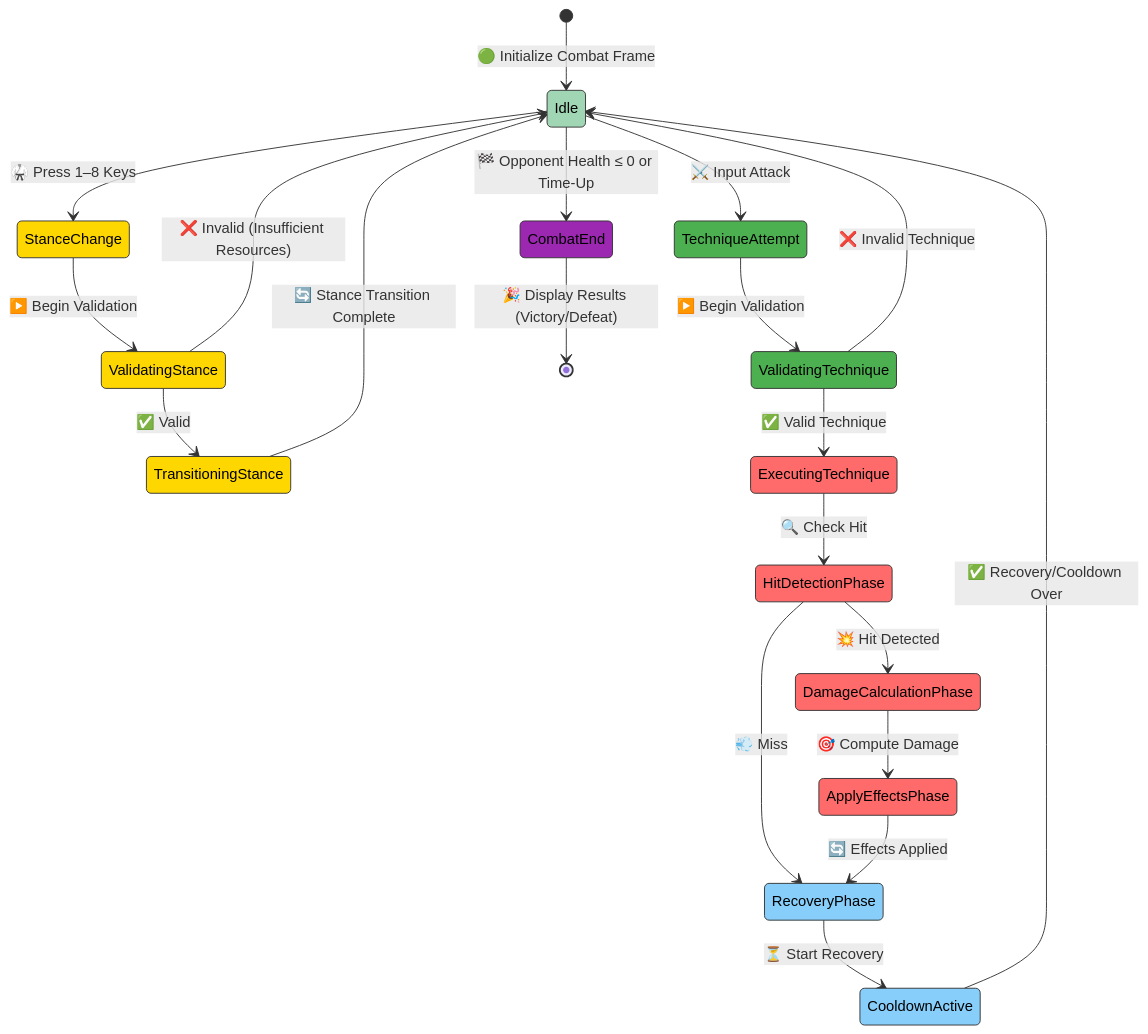
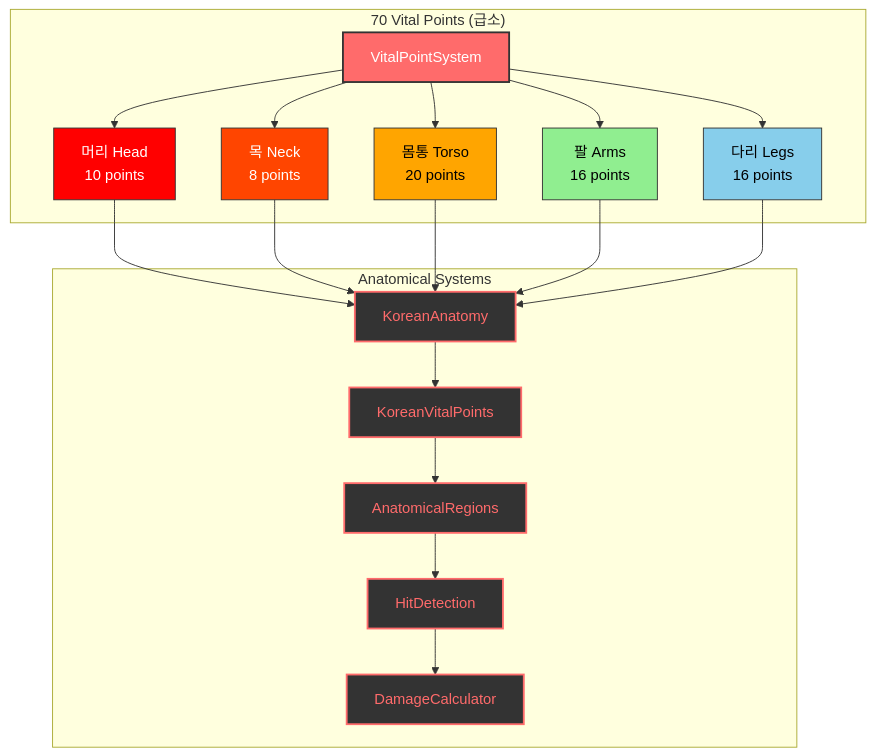
One commit to fossabot/blacktrigram changed the third of 7 diagrams in COMBAT_ARCHITECTURE.md. Above: the diagram before and after it, drawn with Mermaid. The commit also changed other lines of this file, not shown here.

````diff
--- a/COMBAT_ARCHITECTURE.md
+++ b/COMBAT_ARCHITECTURE.md
@@ -508,45 +145,38 @@
 ```mermaid
-stateDiagram-v2
-    [*] --> Idle : 🟢 Initialize Combat Frame
+graph TB
+    subgraph "70 Vital Points (급소)"
+        VPS[VitalPointSystem]:::vital
+        VPS --> HEAD[머리 Head<br/>10 points]:::head
+        VPS --> NECK[목 Neck<br/>8 points]:::neck
+        VPS --> TORSO[몸통 Torso<br/>20 points]:::torso
+        VPS --> ARMS[팔 Arms<br/>16 points]:::arms
+        VPS --> LEGS[다리 Legs<br/>16 points]:::legs
+    end
 
-    Idle --> StanceChange : 🥋 Press 1–8 Keys
-    Idle --> TechniqueAttempt : ⚔️ Input Attack
+    subgraph "Anatomical Systems"
+        KA[KoreanAnatomy]:::anatomy
+        KVP[KoreanVitalPoints]:::anatomy
+        AR[AnatomicalRegions]:::anatomy
+        HD[HitDetection]:::anatomy
+        DC[DamageCalculator]:::anatomy
+    end
 
-    StanceChange --> ValidatingStance : ▶️ Begin Validation
-    ValidatingStance --> TransitioningStance : ✅ Valid
-    ValidatingStance --> Idle : ❌ Invalid (Insufficient Resources)
-    TransitioningStance --> Idle : 🔄 Stance Transition Complete
+    HEAD --> KA
+    NECK --> KA
+    TORSO --> KA
+    ARMS --> KA
+    LEGS --> KA
 
-    TechniqueAttempt --> ValidatingTechnique : ▶️ Begin Validation
-    ValidatingTechnique --> ExecutingTechnique : ✅ Valid Technique
-    ValidatingTechnique --> Idle : ❌ Invalid Technique
+    KA --> KVP
+    KVP --> AR
+    AR --> HD
+    HD --> DC
 
-    ExecutingTechnique --> HitDetectionPhase : 🔍 Check Hit
-    HitDetectionPhase --> DamageCalculationPhase : 💥 Hit Detected
-    HitDetectionPhase --> RecoveryPhase : 💨 Miss
-
-    DamageCalculationPhase --> ApplyEffectsPhase : 🎯 Compute Damage
-    ApplyEffectsPhase --> RecoveryPhase : 🔄 Effects Applied
-
-    RecoveryPhase --> CooldownActive : ⏳ Start Recovery
-    CooldownActive --> Idle : ✅ Recovery/Cooldown Over
-
-    Idle --> CombatEnd : 🏁 Opponent Health ≤ 0 or Time-Up
-    CombatEnd --> [*] : 🎉 Display Results (Victory/Defeat)
-
-    %% Color Classes
-    classDef idle       fill:#a0d6b4,stroke:#333,color:#000
-    classDef stance     fill:#ffd700,stroke:#333,color:#000
-    classDef tech       fill:#4caf50,stroke:#333,color:#000
-    classDef exec       fill:#ff6b6b,stroke:#333,color:#000
-    classDef recovery   fill:#87CEFA,stroke:#333,color:#000
-    classDef end        fill:#9c27b0,stroke:#333,color:#000
-
-    %% Apply Classes
-    class Idle idle
-    class StanceChange,ValidatingStance,TransitioningStance stance
-    class TechniqueAttempt,ValidatingTechnique tech
-    class ExecutingTechnique,HitDetectionPhase,DamageCalculationPhase,ApplyEffectsPhase exec
-    class RecoveryPhase,CooldownActive recovery
-    class CombatEnd end
+    classDef vital fill:#ff6b6b,stroke:#333,color:#fff,stroke-width:2px
+    classDef head fill:#ff0000,stroke:#333,color:#fff
+    classDef neck fill:#ff4500,stroke:#333,color:#fff
+    classDef torso fill:#ffa500,stroke:#333,color:#000
+    classDef arms fill:#90ee90,stroke:#333,color:#000
+    classDef legs fill:#87ceeb,stroke:#333,color:#000
+    classDef anatomy fill:#333,stroke:#ff6b6b,color:#ff6b6b,stroke-width:2px
 ```
````
